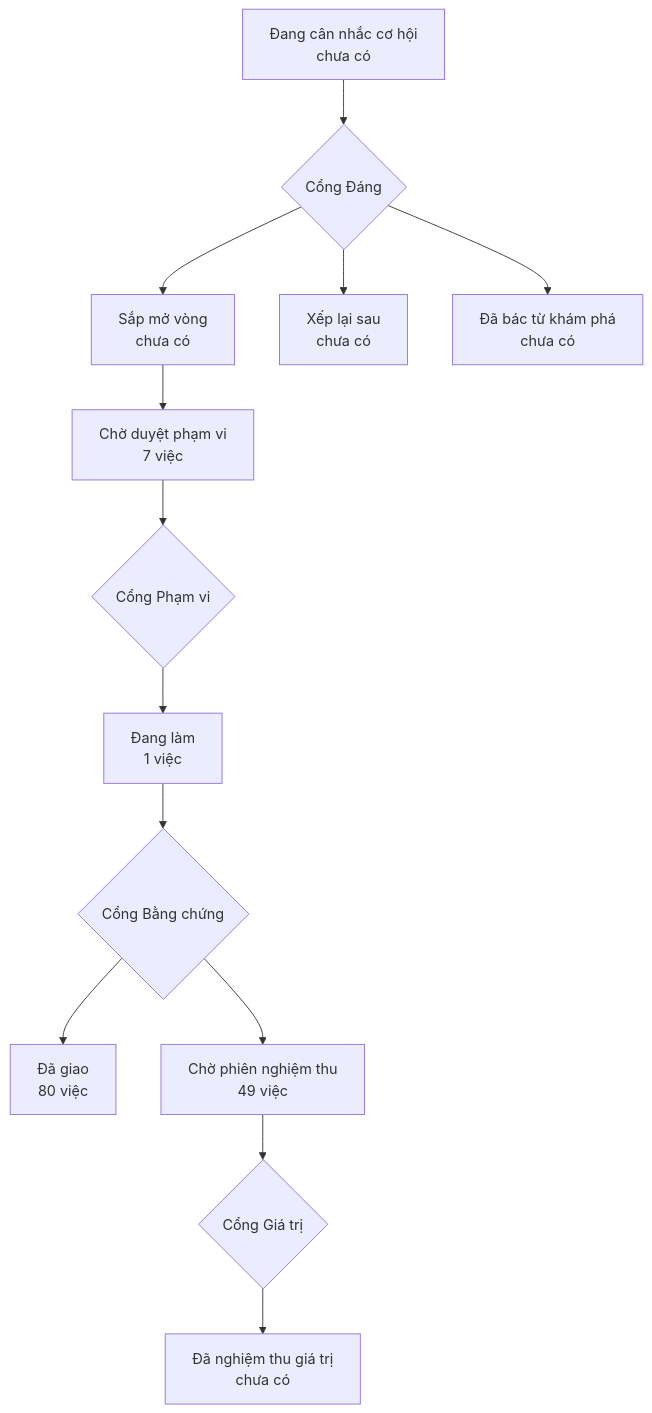
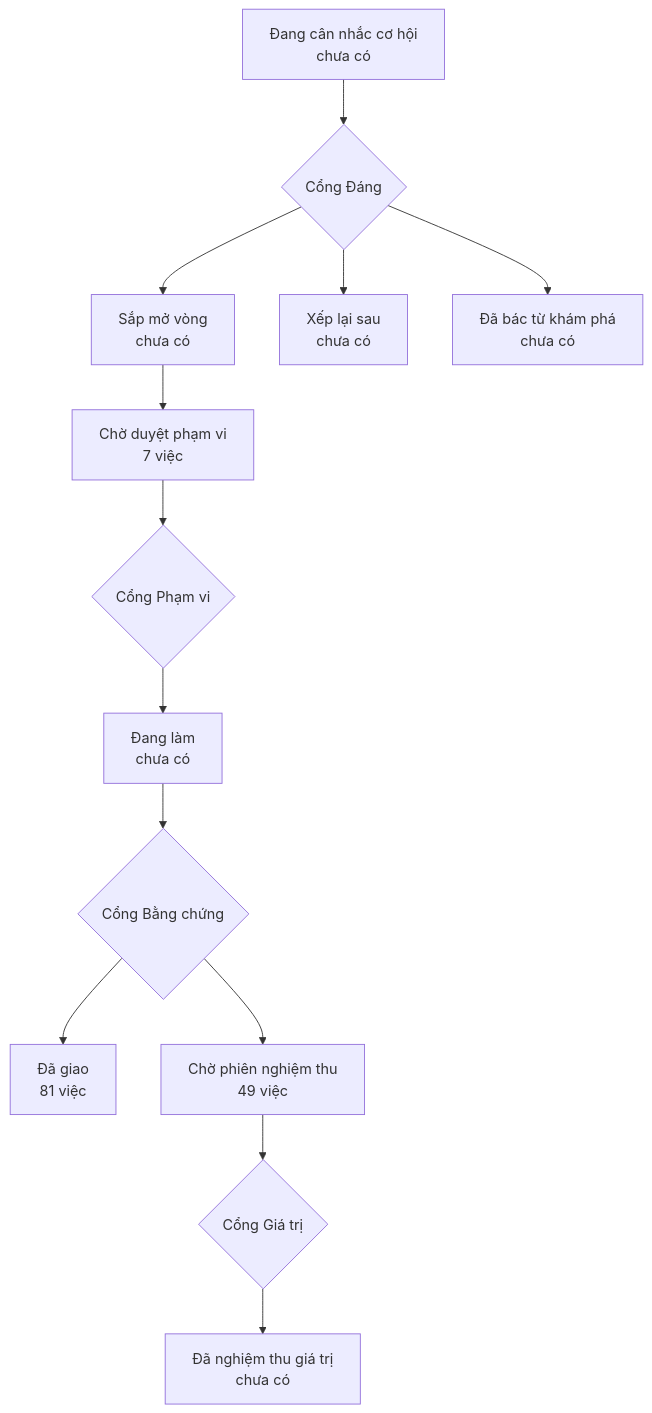
One commit to phanlemanh/onehub-invest changed the diagram in PRODUCT-MAP.md. Above: the diagram before and after it, drawn with Mermaid. The commit also changed other lines of this file and 4 other files, not shown here.

````diff
--- a/PRODUCT-MAP.md
+++ b/PRODUCT-MAP.md
@@ -7,12 +7,12 @@
 ```mermaid
 flowchart TD
   A["Đang cân nhắc cơ hội<br/>chưa có"] --> GD{"Cổng Đáng"}
   GD --> B["Sắp mở vòng<br/>chưa có"]
   GD --> XL["Xếp lại sau<br/>chưa có"]
   GD --> DB["Đã bác từ khám phá<br/>chưa có"]
   B --> CD["Chờ duyệt phạm vi<br/>7 việc"] --> GP{"Cổng Phạm vi"}
-  GP --> DL["Đang làm<br/>1 việc"] --> GB{"Cổng Bằng chứng"}
-  GB --> DG["Đã giao<br/>80 việc"]
+  GP --> DL["Đang làm<br/>chưa có"] --> GB{"Cổng Bằng chứng"}
+  GB --> DG["Đã giao<br/>81 việc"]
   GB --> CN["Chờ phiên nghiệm thu<br/>49 việc"] --> GG{"Cổng Giá trị"}
   GG --> NT["Đã nghiệm thu giá trị<br/>chưa có"]
 ```
````
